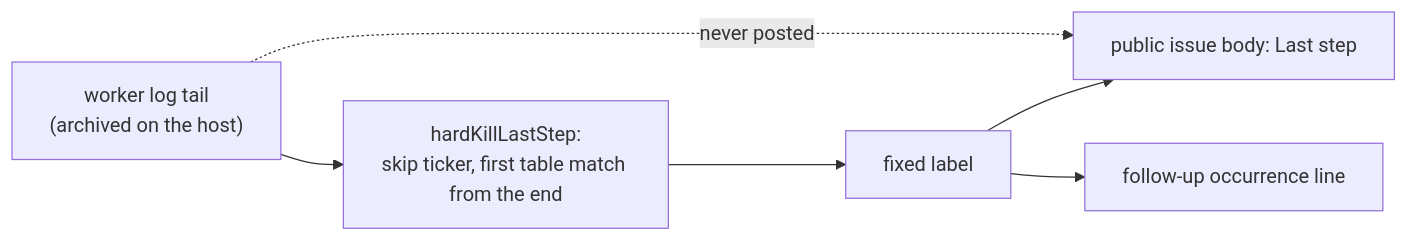
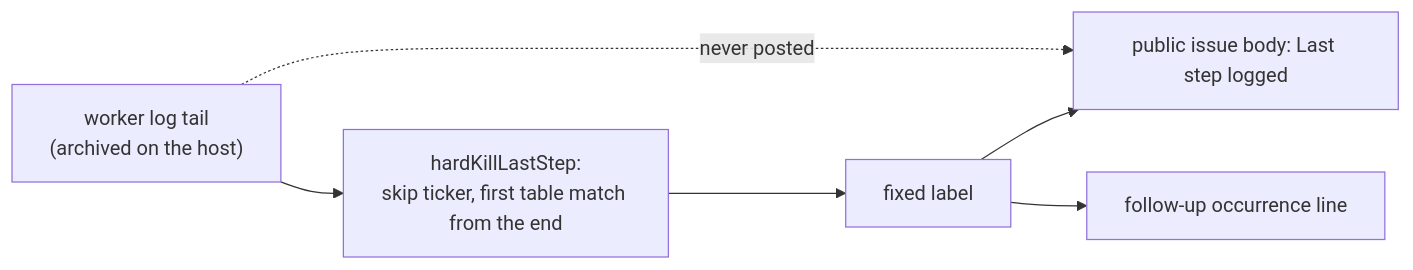
One commit to stSoftwareAU/VibeCoder changed the diagram in docs/archive/pr-summaries/pr-summary-4815.md. Above: the diagram before and after it, drawn with Mermaid. The commit also changed other lines of this file, not shown here.

````diff
--- a/docs/archive/pr-summaries/pr-summary-4815.md
+++ b/docs/archive/pr-summaries/pr-summary-4815.md
@@ -74,8 +75,8 @@
 ```mermaid
 flowchart LR
     T["worker log tail<br/>(archived on the host)"] --> S["hardKillLastStep:<br/>skip ticker, first table match from the end"]
     S --> L["fixed label"]
-    L --> B["public issue body: Last step"]
+    L --> B["public issue body: Last step logged"]
     L --> O["follow-up occurrence line"]
     T -. "never posted" .-> B
 ```
````
